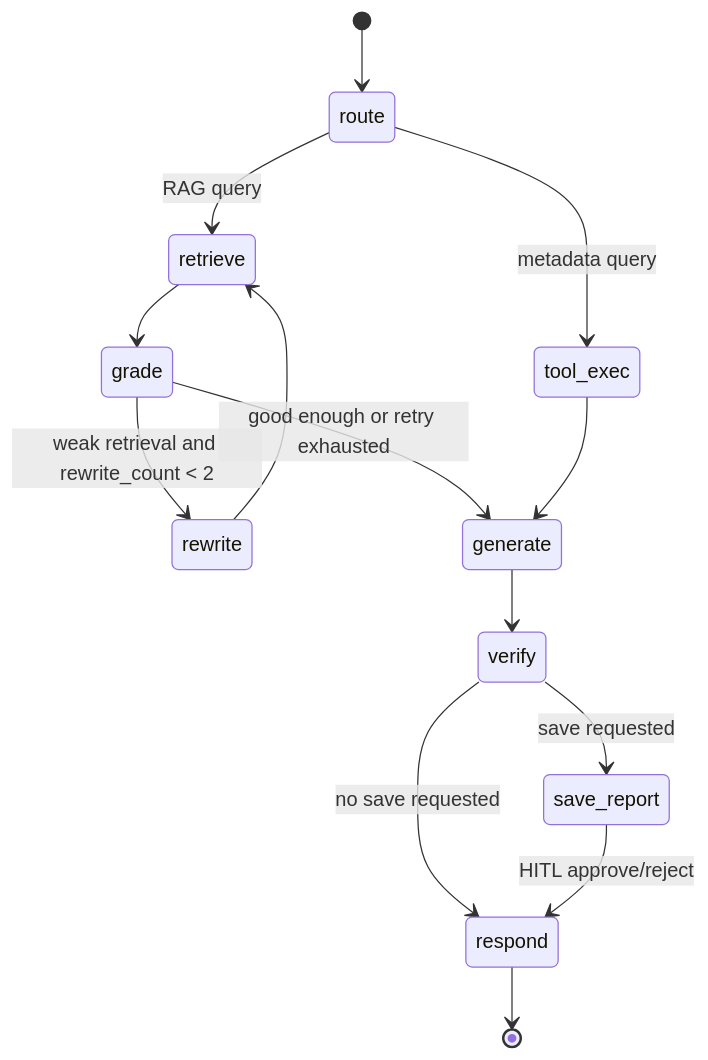
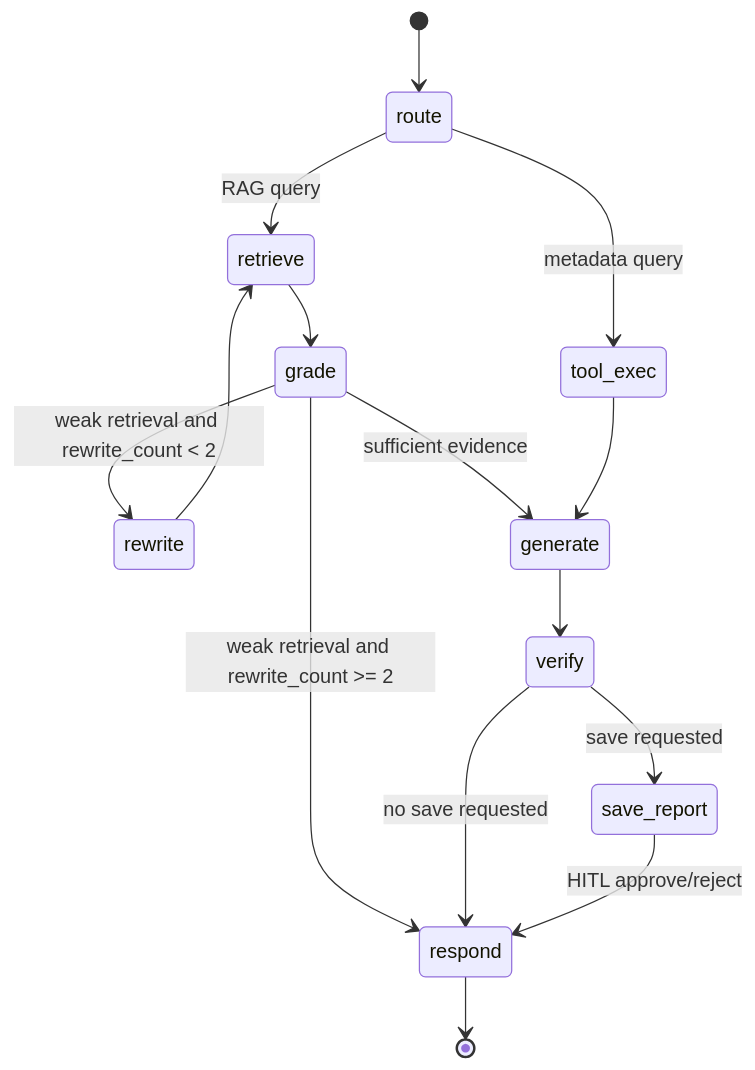
Before and after one commit to hskim-solv/rfp-rag: the third of 4 diagrams in docs/architecture/system-architecture.md, drawn with Mermaid. The commit also changed other lines of this file and 38 other files, not shown here.

````diff
--- a/docs/architecture/system-architecture.md
+++ b/docs/architecture/system-architecture.md
@@ -76,16 +76,17 @@
 ```mermaid
 stateDiagram-v2
   [*] --> route
   route --> retrieve: RAG query
   route --> tool_exec: metadata query
   retrieve --> grade
   grade --> rewrite: weak retrieval and rewrite_count < 2
   rewrite --> retrieve
-  grade --> generate: good enough or retry exhausted
+  grade --> generate: sufficient evidence
+  grade --> respond: weak retrieval and rewrite_count >= 2
   tool_exec --> generate
   generate --> verify
   verify --> save_report: save requested
   verify --> respond: no save requested
   save_report --> respond: HITL approve/reject
   respond --> [*]
 ```
````
